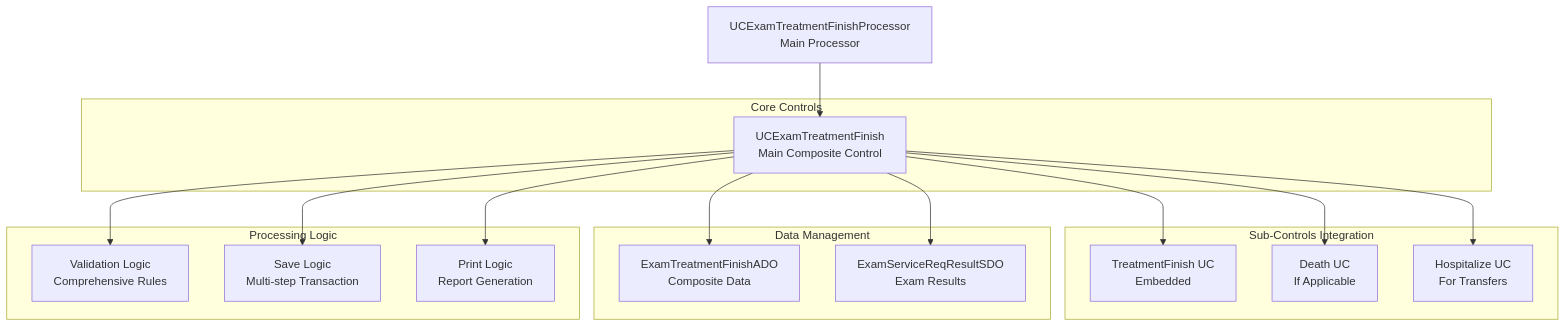
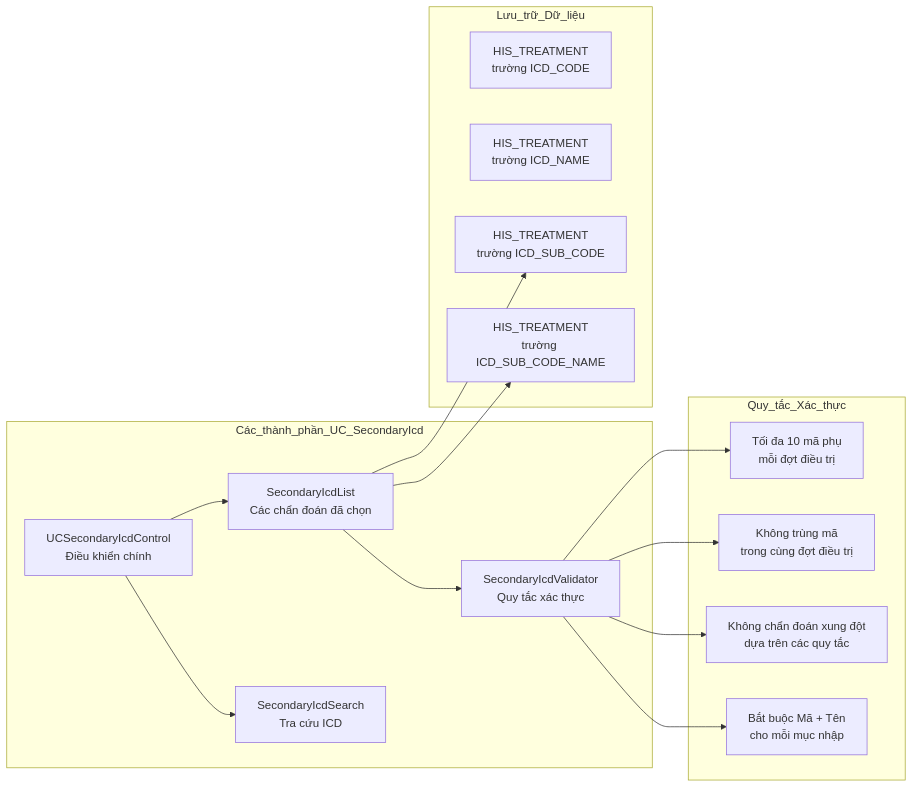
Before and after one commit to thangpnb/HIS: diagram 16 of 20 in docs/his-ba-documentation/02-modules/uc-controls/form-type-controls.md, drawn with Mermaid. The commit also changed other lines of this file and 30 other files, not shown here.

Commit message:
Refactor architecture docs and update translations

````diff
--- a/docs/his-ba-documentation/02-modules/uc-controls/form-type-controls.md
+++ b/docs/his-ba-documentation/02-modules/uc-controls/form-type-controls.md
@@ -1066,38 +1799,35 @@
 ```mermaid
-graph TB
-    Processor["UCExamTreatmentFinishProcessor<br/>Main Processor"]
-    
-    subgraph "Core Controls"
-        UCExamTreatmentFinish["UCExamTreatmentFinish<br/>Main Composite Control"]
+graph LR
+    subgraph "Các_thành_phần_UC_SecondaryIcd"
+        SecIcdControl["UCSecondaryIcdControl<br/>Điều khiển chính"]
+        SecIcdList["SecondaryIcdList<br/>Các chẩn đoán đã chọn"]
+        SecIcdSearch["SecondaryIcdSearch<br/>Tra cứu ICD"]
+        SecIcdValidator["SecondaryIcdValidator<br/>Quy tắc xác thực"]
     end
     
-    subgraph "Sub-Controls Integration"
-        TreatmentFinish["TreatmentFinish UC<br/>Embedded"]
-        Death["Death UC<br/>If Applicable"]
-        Hospitalize["Hospitalize UC<br/>For Transfers"]
+    subgraph "Quy_tắc_Xác_thực"
+        MaxCount["Tối đa 10 mã phụ<br/>mỗi đợt điều trị"]
+        NoDuplicate["Không trùng mã<br/>trong cùng đợt điều trị"]
+        NoConflict["Không chẩn đoán xung đột<br/>dựa trên các quy tắc"]
+        RequiredFields["Bắt buộc Mã + Tên<br/>cho mỗi mục nhập"]
     end
     
-    subgraph "Data Management"
-        ExamTreatmentFinishADO["ExamTreatmentFinishADO<br/>Composite Data"]
-        ExamServiceReqResultSDO["ExamServiceReqResultSDO<br/>Exam Results"]
+    subgraph "Lưu_trữ_Dữ_liệu"
+        TreatmentIcd["HIS_TREATMENT<br/>trường ICD_CODE"]
+        TreatmentIcdName["HIS_TREATMENT<br/>trường ICD_NAME"]
+        TreatmentIcdSub["HIS_TREATMENT<br/>trường ICD_SUB_CODE"]
+        TreatmentIcdSubName["HIS_TREATMENT<br/>trường ICD_SUB_CODE_NAME"]
     end
     
-    subgraph "Processing Logic"
-        Validate["Validation Logic<br/>Comprehensive Rules"]
-        Save["Save Logic<br/>Multi-step Transaction"]
-        Print["Print Logic<br/>Report Generation"]
-    end
+    SecIcdControl --> SecIcdList
+    SecIcdControl --> SecIcdSearch
+    SecIcdList --> SecIcdValidator
     
-    Processor --> UCExamTreatmentFinish
+    SecIcdValidator --> MaxCount
+    SecIcdValidator --> NoDuplicate
+    SecIcdValidator --> NoConflict
+    SecIcdValidator --> RequiredFields
     
-    UCExamTreatmentFinish --> TreatmentFinish
-    UCExamTreatmentFinish --> Death
-    UCExamTreatmentFinish --> Hospitalize
-    
-    UCExamTreatmentFinish --> ExamTreatmentFinishADO
-    UCExamTreatmentFinish --> ExamServiceReqResultSDO
-    
-    UCExamTreatmentFinish --> Validate
-    UCExamTreatmentFinish --> Save
-    UCExamTreatmentFinish --> Print
+    SecIcdList --> TreatmentIcdSub
+    SecIcdList --> TreatmentIcdSubName
 ```
````
